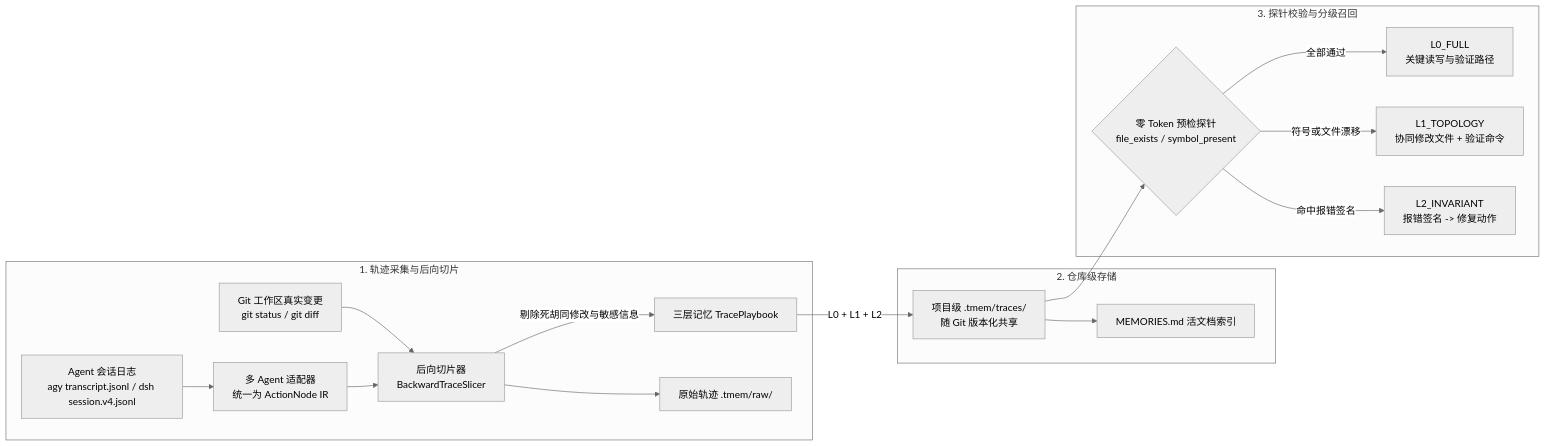
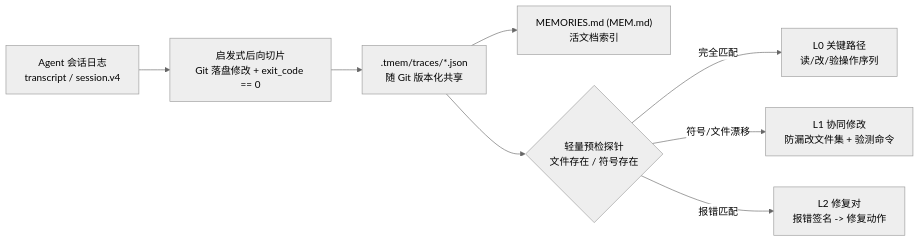
Before and after one commit to kentzjh-cmd/tmem: the diagram in README.md, drawn with Mermaid (neutral theme). The commit also changed other lines of this file and 26 other files, not shown here.

````diff
--- a/README.md
+++ b/README.md
@@ -52,22 +46,10 @@
 ```mermaid
 flowchart LR
-    subgraph Capture["1. 轨迹采集与后向切片"]
-        T["Agent 会话日志<br/>agy transcript.jsonl / dsh session.v4.jsonl"] --> A["多 Agent 适配器<br/>统一为 ActionNode IR"]
-        G["Git 工作区真实变更<br/>git status / git diff"] --> S["后向切片器<br/>BackwardTraceSlicer"]
-        A --> S
-        S -->|"剔除死胡同修改与敏感信息"| P["三层记忆 TracePlaybook"]
-        S --> R["原始轨迹 .tmem/raw/"]
-    end
-
-    subgraph Store["2. 仓库级存储"]
-        P -->|"L0 + L1 + L2"| Proj["项目级 .tmem/traces/<br/>随 Git 版本化共享"]
-        Proj --> Doc["MEMORIES.md 活文档索引"]
-    end
-
-    subgraph Recall["3. 探针校验与分级召回"]
-        Proj --> Guard{"零 Token 预检探针<br/>file_exists / symbol_present"}
-        Guard -->|"全部通过"| L0["L0_FULL<br/>关键读写与验证路径"]
-        Guard -->|"符号或文件漂移"| L1["L1_TOPOLOGY<br/>协同修改文件 + 验证命令"]
-        Guard -->|"命中报错签名"| L2["L2_INVARIANT<br/>报错签名 -> 修复动作"]
-    end
+    Log["Agent 会话日志<br/>transcript / session.v4"] --> Slice["启发式后向切片<br/>Git 落盘修改 + exit_code == 0"]
+    Slice --> Traces[".tmem/traces/*.json<br/>随 Git 版本化共享"]
+    Traces --> Sync["MEMORIES.md (MEM.md)<br/>活文档索引"]
+    Traces --> Guard{"轻量预检探针<br/>文件存在 / 符号存在"}
+    Guard -->|"完全匹配"| L0["L0 关键路径<br/>读/改/验操作序列"]
+    Guard -->|"符号/文件漂移"| L1["L1 协同修改<br/>防漏改文件集 + 验测命令"]
+    Guard -->|"报错匹配"| L2["L2 修复对<br/>报错签名 -> 修复动作"]
 ```
````
